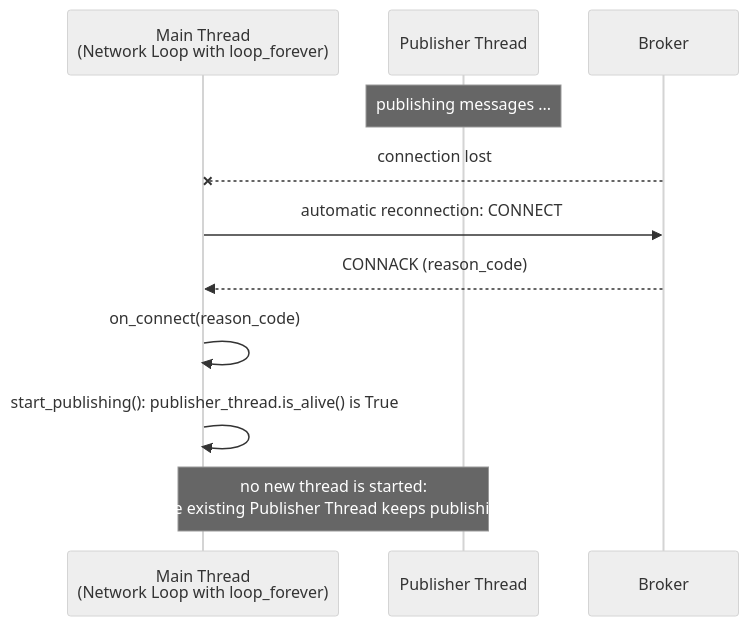
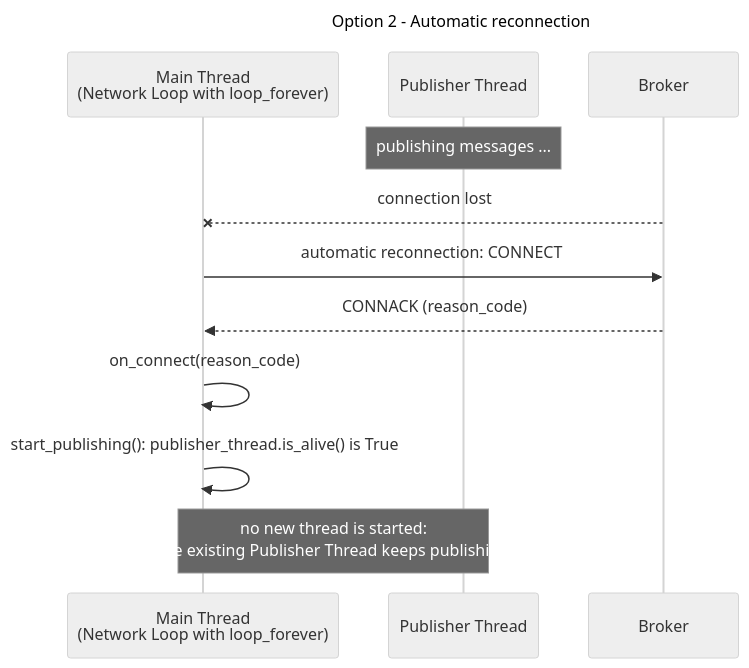
The third of 4 diagrams in README.md (Marco-Picone-Teaching/python-mqtt-playground), drawn with Mermaid (neutral theme) before and after one commit. The commit also changed other lines of this file, not shown here.

````diff
--- a/README.md
+++ b/README.md
@@ -355,14 +332,15 @@
 ```mermaid
 sequenceDiagram
+    title Option 2 - Automatic reconnection
     participant M as Main Thread<br/>(Network Loop with loop_forever)
     participant P as Publisher Thread
     participant B as Broker
 
     Note over P: publishing messages ...
     B--xM: connection lost
     M->>B: automatic reconnection: CONNECT
     B-->>M: CONNACK (reason_code)
     M->>M: on_connect(reason_code)
     M->>M: start_publishing(): publisher_thread.is_alive() is True
     Note over M,P: no new thread is started:<br/>the existing Publisher Thread keeps publishing
 ```
````
